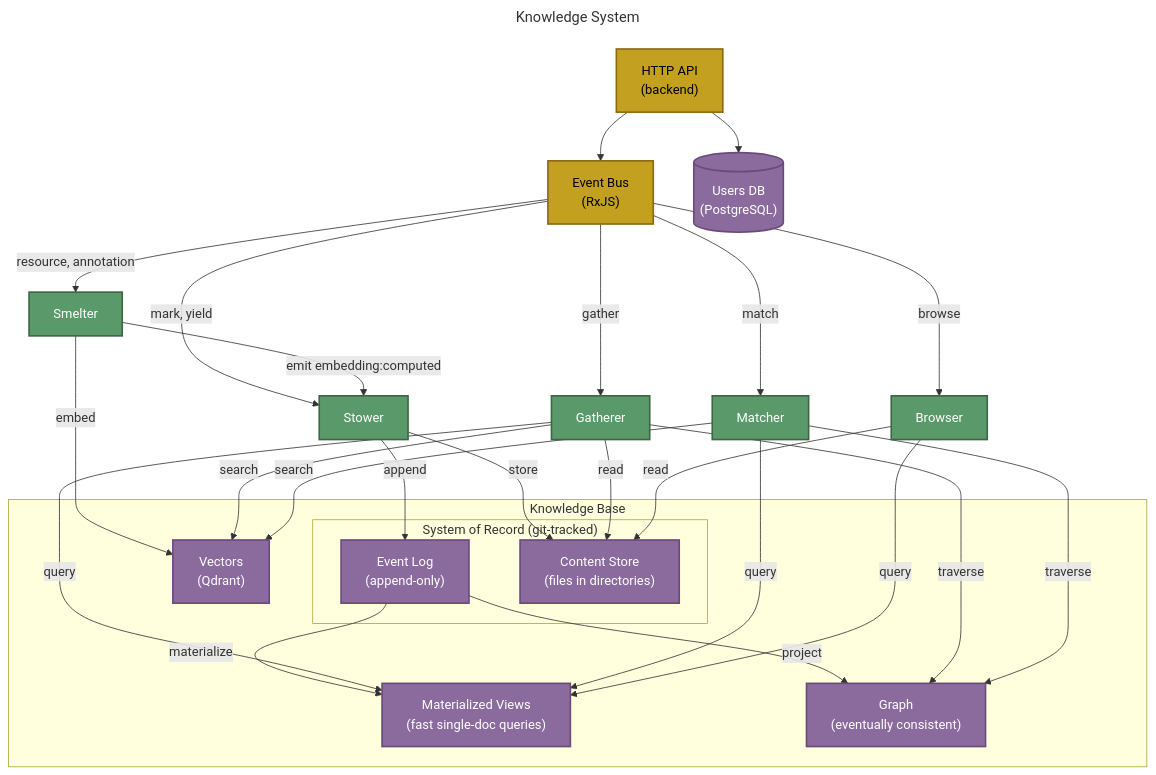
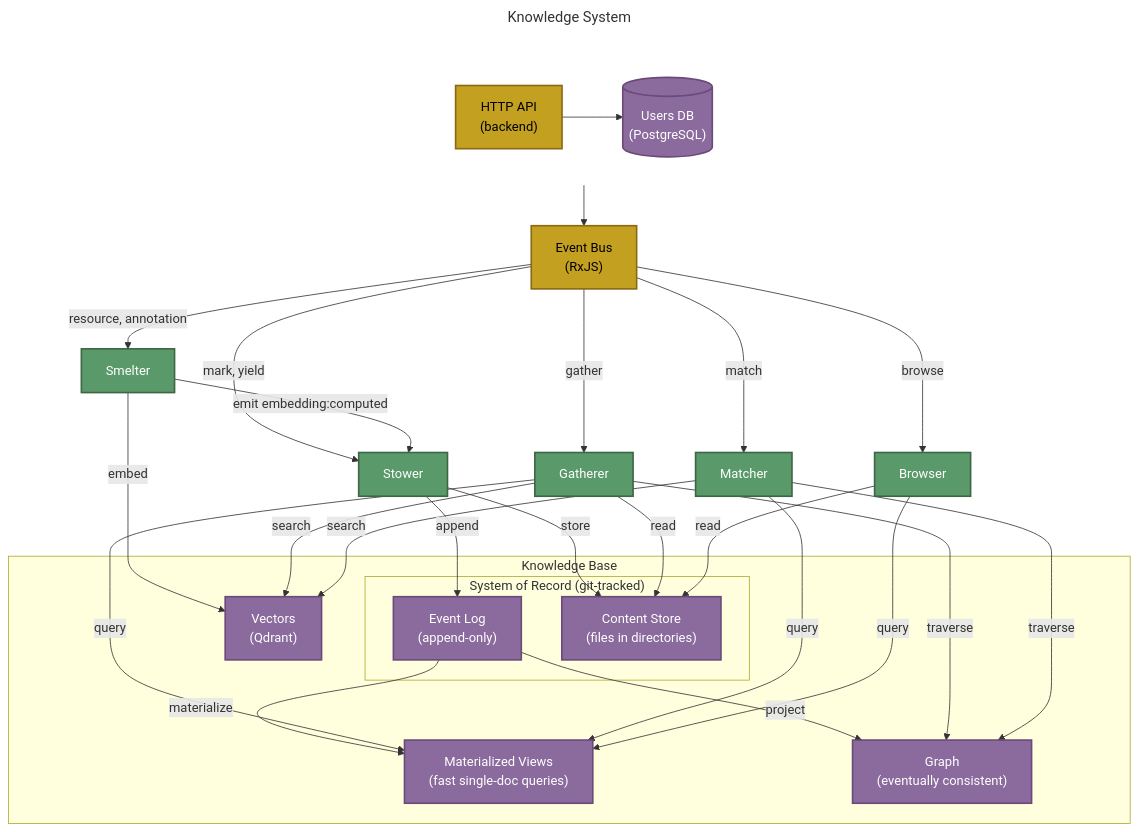
One commit to The-AI-Alliance/semiont changed the third of 3 diagrams in docs/ARCHITECTURE.md. Above: the diagram before and after it, drawn with Mermaid.

Commit message:
diagram layout

````diff
--- a/docs/ARCHITECTURE.md
+++ b/docs/ARCHITECTURE.md
@@ -117,57 +117,62 @@
 ```mermaid
 ---
 title: Knowledge System
 ---
 graph TB
-    API["HTTP API<br/>(backend)"]
+    subgraph top [" "]
+        direction LR
+        API["HTTP API<br/>(backend)"]
+        DB[("Users DB<br/>(PostgreSQL)")]
+    end
     BE["Event Bus<br/>(RxJS)"]
-    DB[("Users DB<br/>(PostgreSQL)")]
 
     API --> BE
     API --> DB
 
     BE -->|"mark, yield"| STOWER["Stower"]
     BE -->|"gather"| GATHERER["Gatherer"]
     BE -->|"match"| MATCHER["Matcher"]
     BE -->|"browse"| BROWSER["Browser"]
     BE -->|"resource, annotation"| SMELTER["Smelter"]
 
     STOWER -->|append| EVENTLOG
     STOWER -->|store| CONTENT
 
     SMELTER -->|embed| VECTORS
     SMELTER -->|"emit embedding:computed"| STOWER
 
     subgraph kb ["Knowledge Base"]
         subgraph sor ["System of Record (git-tracked)"]
             EVENTLOG["Event Log<br/>(append-only)"]
             CONTENT["Content Store<br/>(files in directories)"]
         end
         VIEWS["Materialized Views<br/>(fast single-doc queries)"]
         GRAPH["Graph<br/>(eventually consistent)"]
         VECTORS["Vectors<br/>(Qdrant)"]
 
         EVENTLOG -->|materialize| VIEWS
         EVENTLOG -->|project| GRAPH
     end
 
     GATHERER -->|query| VIEWS
     GATHERER -->|read| CONTENT
     GATHERER -->|traverse| GRAPH
     GATHERER -->|search| VECTORS
 
     MATCHER -->|query| VIEWS
     MATCHER -->|traverse| GRAPH
     MATCHER -->|search| VECTORS
 
     BROWSER -->|query| VIEWS
     BROWSER -->|read| CONTENT
 
     classDef backend fill:#c4a020,stroke:#8b6914,stroke-width:2px,color:#000
     classDef store fill:#8b6b9d,stroke:#6b4a7a,stroke-width:2px,color:#fff
     classDef worker fill:#5a9a6a,stroke:#3d6644,stroke-width:2px,color:#fff
 
     class API,BE backend
     class DB,EVENTLOG,VIEWS,CONTENT,GRAPH,VECTORS store
     class STOWER,GATHERER,MATCHER,BROWSER,SMELTER worker
+
+    style top fill:none,stroke:none
 ```
````
